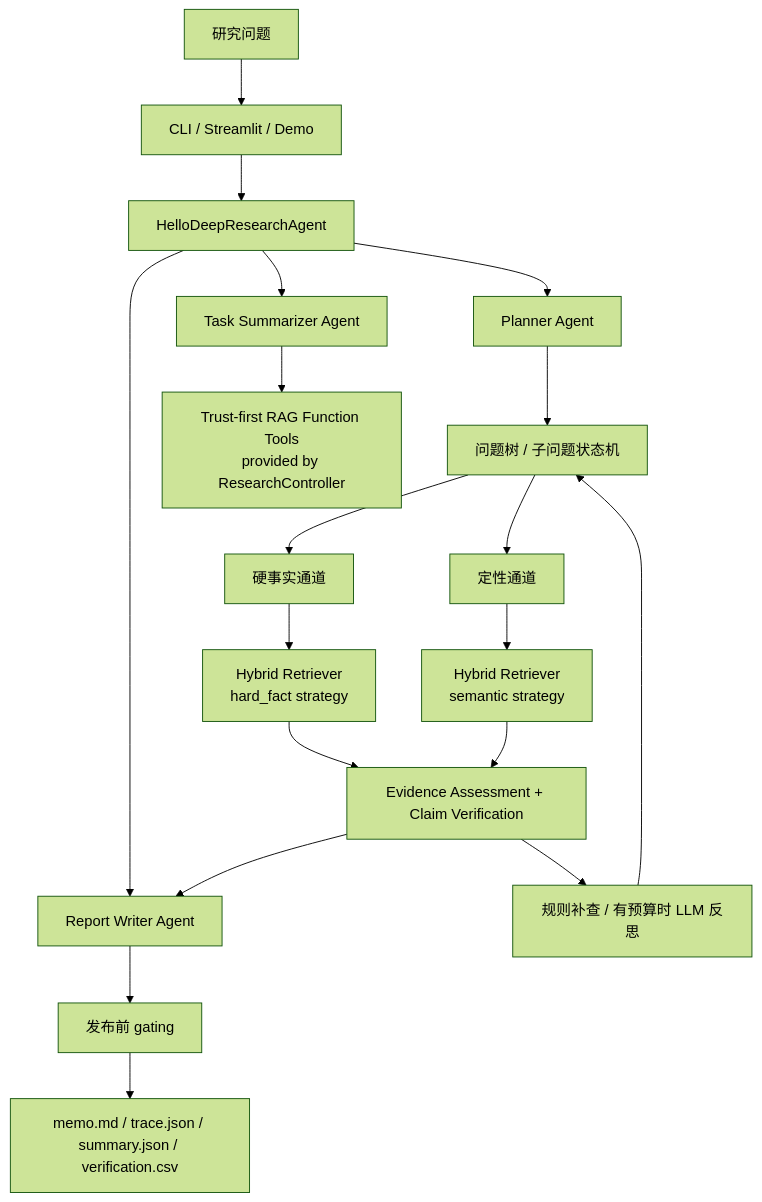
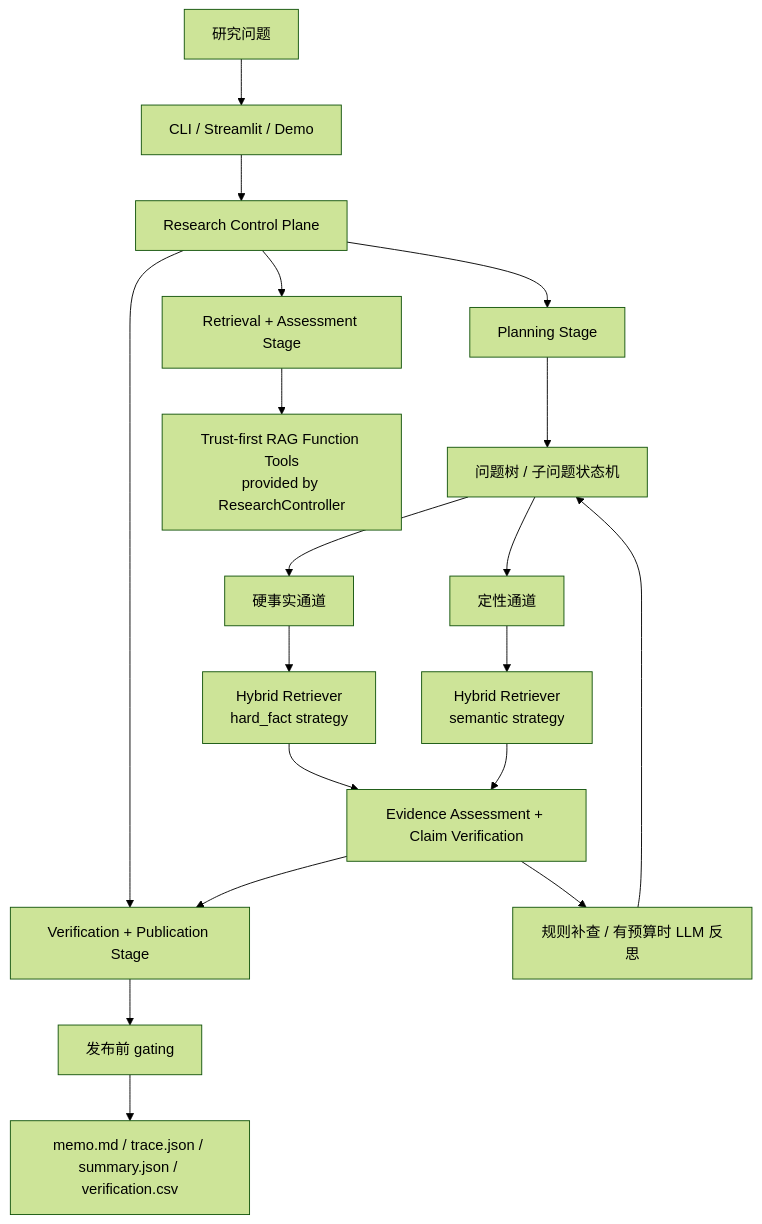
Before and after one commit to zuesjiang-cyber/bizintel-agent: the diagram in README.md, drawn with Mermaid (forest theme). The commit also changed other lines of this file and 14 other files, not shown here.

Commit message:
Add FinTrust RAG audit workbench

````diff
--- a/README.md
+++ b/README.md
@@ -196,26 +225,26 @@
 ```mermaid
 flowchart TD
     User["研究问题"] --> Entry["CLI / Streamlit / Demo"]
-    Entry --> Agent["HelloDeepResearchAgent"]
-    Agent --> Planner["Planner Agent"]
-    Agent --> Summarizer["Task Summarizer Agent"]
-    Agent --> Writer["Report Writer Agent"]
+    Entry --> Control["Research Control Plane"]
+    Control --> Planner["Planning Stage"]
+    Control --> Executor["Retrieval + Assessment Stage"]
+    Control --> Writer["Verification + Publication Stage"]
 
     Planner --> Tree["问题树 / 子问题状态机"]
-    Summarizer --> Tools["Trust-first RAG Function Tools<br/>provided by ResearchController"]
+    Executor --> Tools["Trust-first RAG Function Tools<br/>provided by ResearchController"]
 
     Tree --> HF["硬事实通道"]
     Tree --> SM["定性通道"]
 
     HF --> RetrieveHF["Hybrid Retriever\nhard_fact strategy"]
     SM --> RetrieveSM["Hybrid Retriever\nsemantic strategy"]
 
     RetrieveHF --> Verify["Evidence Assessment + Claim Verification"]
     RetrieveSM --> Verify
 
     Verify --> Followup["规则补查 / 有预算时 LLM 反思"]
     Followup --> Tree
     Verify --> Writer
     Writer --> Gate["发布前 gating"]
     Gate --> Output["memo.md / trace.json / summary.json / verification.csv"]
 ```
````
